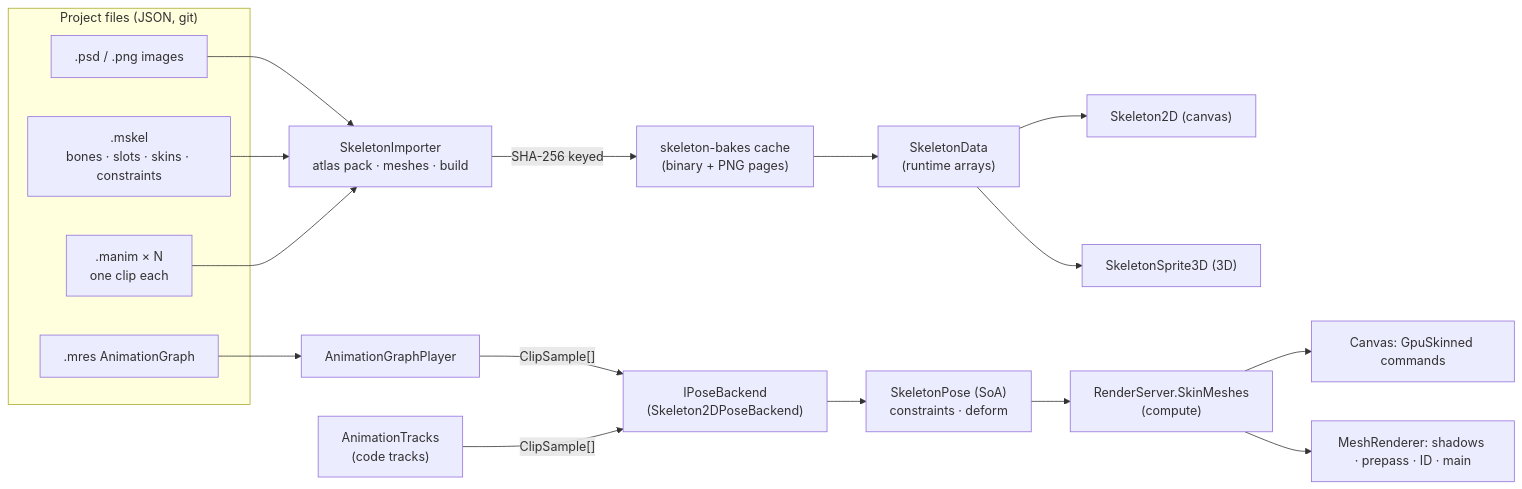
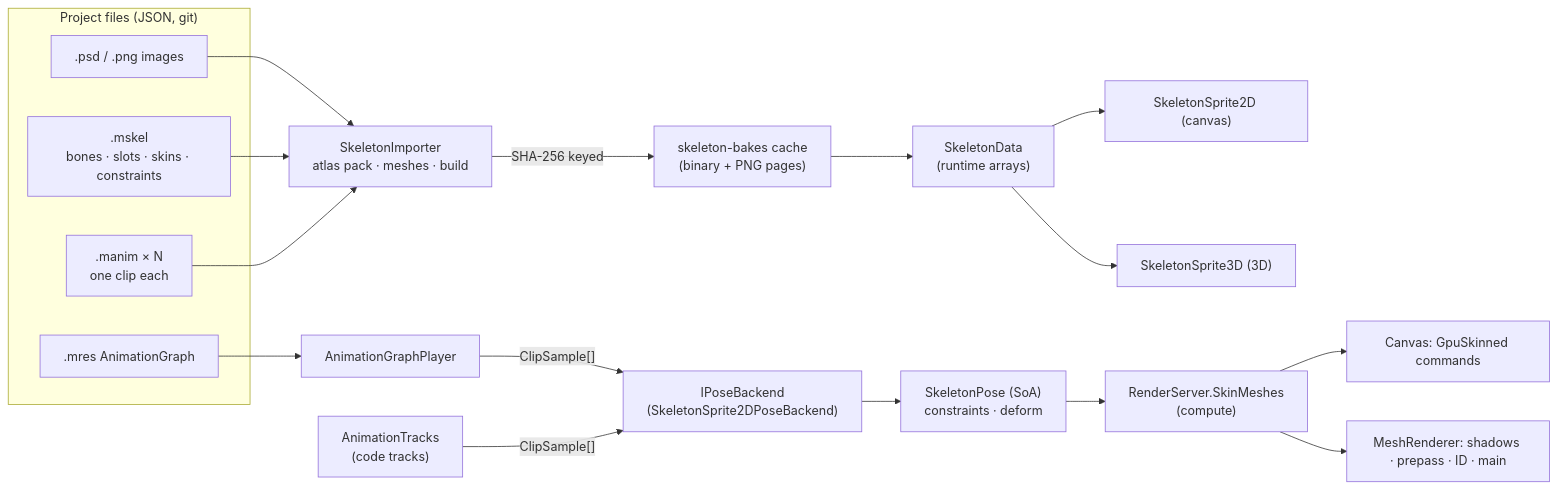
The diagram in docs/design/future/skeleton-2d.md (Mainframe-Games/mainframe-engine), drawn with Mermaid before and after one commit. The commit also changed other lines of this file and 22 other files, not shown here.

````diff
--- a/docs/design/future/skeleton-2d.md
+++ b/docs/design/future/skeleton-2d.md
@@ -110,23 +110,23 @@
 ```mermaid
 flowchart LR
     subgraph Source["Project files (JSON, git)"]
       PSD[".psd / .png images"]
       SK[".mskel<br/>bones · slots · skins · constraints"]
       AN[".manim × N<br/>one clip each"]
       AG[".mres AnimationGraph"]
     end
     PSD --> IMP
     SK --> IMP["SkeletonImporter<br/>atlas pack · meshes · build"]
     AN --> IMP
     IMP -->|"SHA-256 keyed"| CACHE["skeleton-bakes cache<br/>(binary + PNG pages)"]
     CACHE --> DATA["SkeletonData<br/>(runtime arrays)"]
-    DATA --> N2["Skeleton2D (canvas)"]
+    DATA --> N2["SkeletonSprite2D (canvas)"]
     DATA --> N3["SkeletonSprite3D (3D)"]
     AG --> GP["AnimationGraphPlayer"]
-    GP -->|"ClipSample[]"| PB["IPoseBackend<br/>(Skeleton2DPoseBackend)"]
+    GP -->|"ClipSample[]"| PB["IPoseBackend<br/>(SkeletonSprite2DPoseBackend)"]
     TR["AnimationTracks<br/>(code tracks)"] -->|"ClipSample[]"| PB
     PB --> POSE["SkeletonPose (SoA)<br/>constraints · deform"]
     POSE --> SKIN["RenderServer.SkinMeshes<br/>(compute)"]
     SKIN --> CV["Canvas: GpuSkinned commands"]
     SKIN --> MR["MeshRenderer: shadows · prepass · ID · main"]
 ```
````
